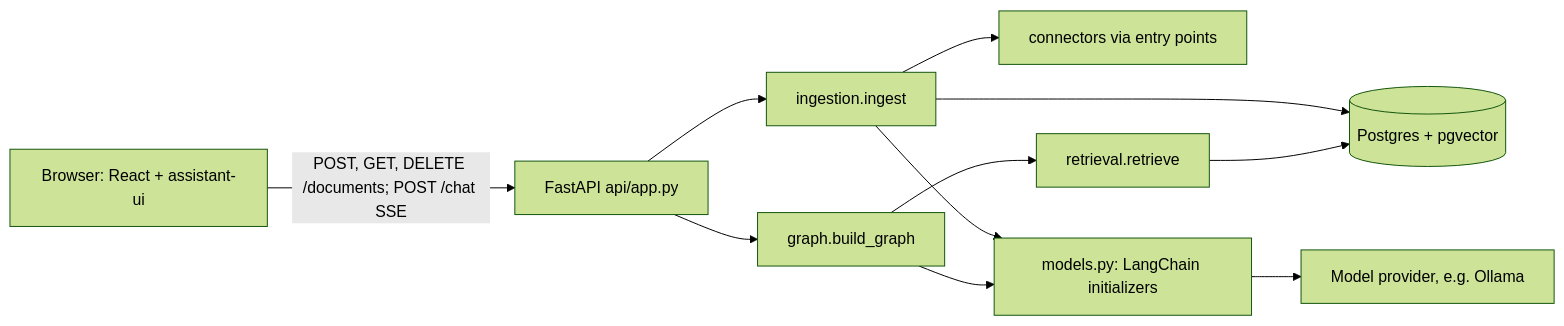
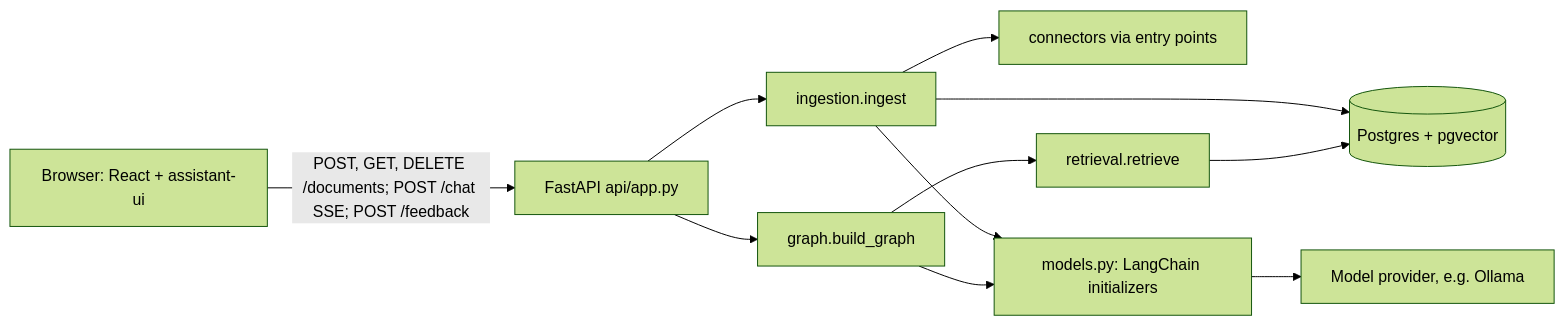
One commit to AaronProbha18/Insight-RAG changed the diagram in docs/architecture/overview.md. Above: the diagram before and after it, drawn with Mermaid (forest theme). The commit also changed other lines of this file and 40 other files, not shown here.

````diff
--- a/docs/architecture/overview.md
+++ b/docs/architecture/overview.md
@@ -11,12 +11,12 @@
 ```mermaid
 flowchart LR
-  UI[Browser: React + assistant-ui] -->|POST, GET, DELETE /documents; POST /chat SSE| API[FastAPI api/app.py]
+  UI[Browser: React + assistant-ui] -->|POST, GET, DELETE /documents; POST /chat SSE; POST /feedback| API[FastAPI api/app.py]
   API --> ING[ingestion.ingest]
   API --> G[graph.build_graph]
   ING --> C[connectors via entry points]
   ING --> DB[(Postgres + pgvector)]
   G --> R[retrieval.retrieve] --> DB
   ING --> M[models.py: LangChain initializers]
   G --> M
   M --> P[Model provider, e.g. Ollama]
 ```
````
